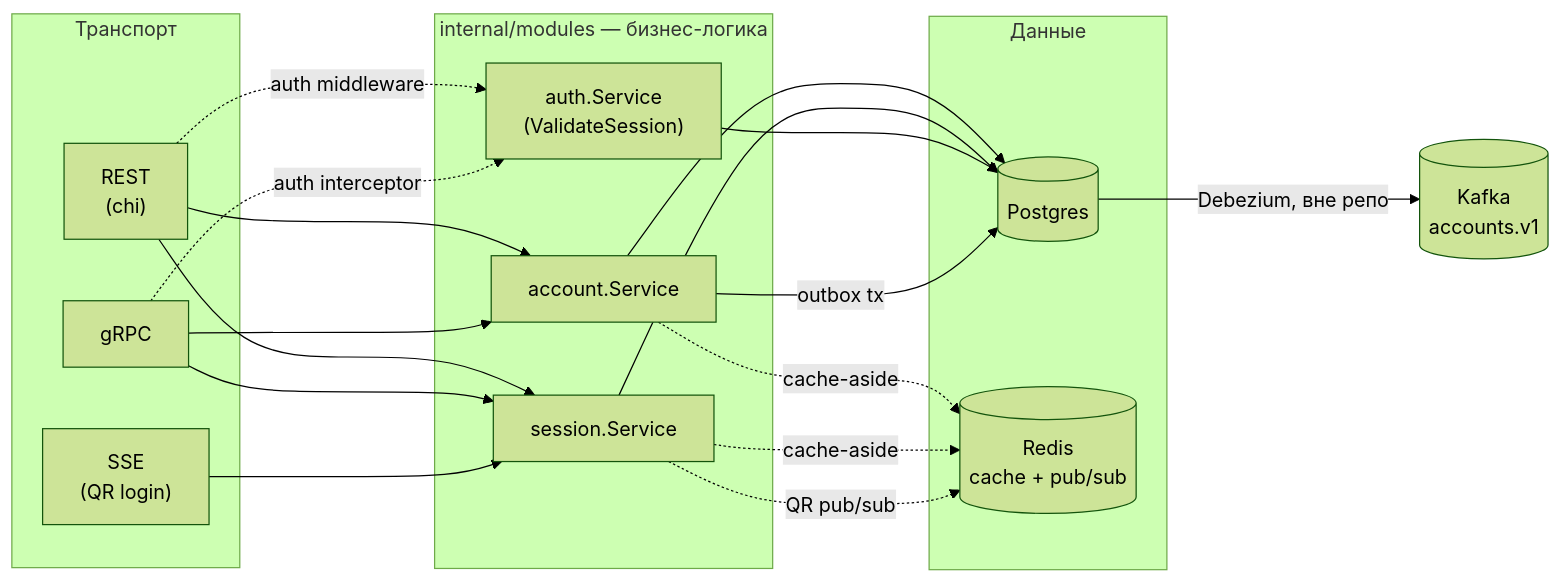
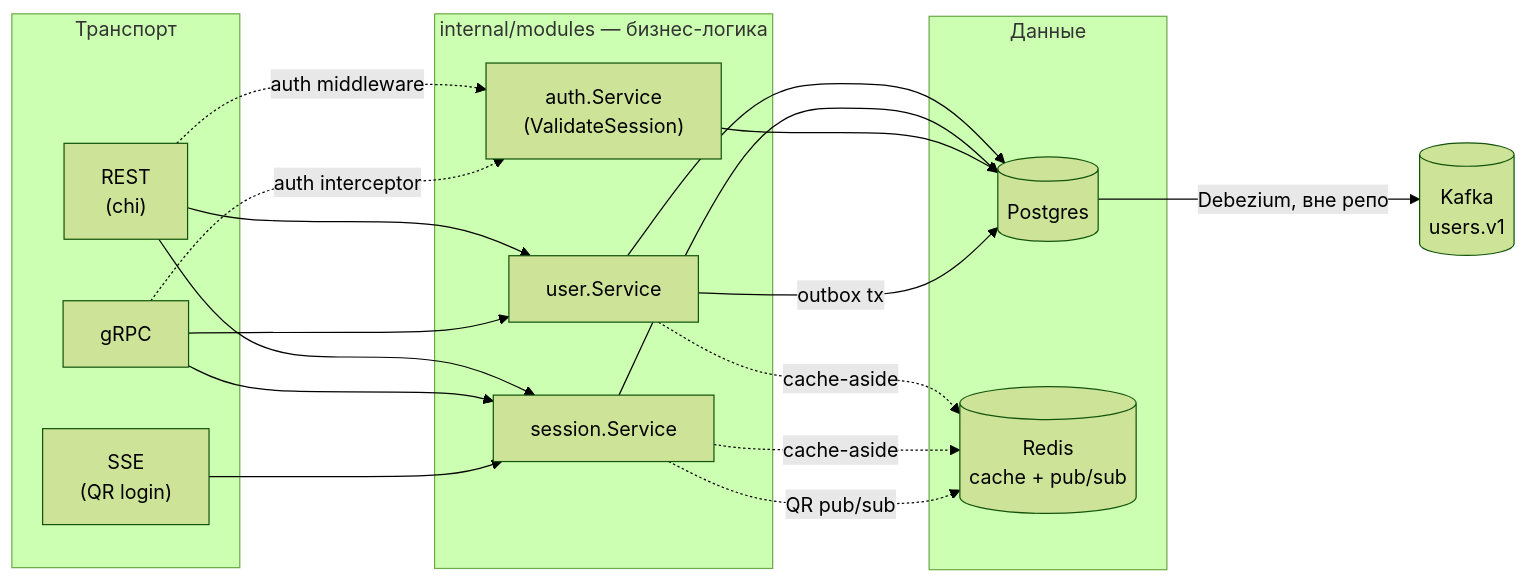
The first of 2 diagrams in docs/architecture.md (netbill/auth-svc), drawn with Mermaid (forest theme) before and after one commit. The commit also changed other lines of this file and 259 other files, not shown here.

First line of the commit message:
Rename accounts to users across the entire codebase

````diff
--- a/docs/architecture.md
+++ b/docs/architecture.md
@@ -87,37 +87,37 @@
 ```mermaid
 flowchart LR
     subgraph Transport["Транспорт"]
         REST["REST<br/>(chi)"]
         GRPC["gRPC"]
         SSE["SSE<br/>(QR login)"]
     end
 
     subgraph Modules["internal/modules — бизнес-логика"]
-        Account["account.Service"]
+        User["user.Service"]
         Session["session.Service"]
         Auth["auth.Service<br/>(ValidateSession)"]
     end
 
     subgraph Data["Данные"]
         PG[("Postgres")]
         Redis[("Redis<br/>cache + pub/sub")]
     end
 
-    REST --> Account
+    REST --> User
     REST --> Session
-    GRPC --> Account
+    GRPC --> User
     GRPC --> Session
     SSE --> Session
     REST -. auth middleware .-> Auth
     GRPC -. auth interceptor .-> Auth
 
-    Account --> PG
+    User --> PG
     Session --> PG
     Auth --> PG
-    Account -. cache-aside .-> Redis
+    User -. cache-aside .-> Redis
     Session -. cache-aside .-> Redis
     Session -. QR pub/sub .-> Redis
 
-    Account -->|outbox tx| PG
-    PG -->|Debezium, вне репо| Kafka[("Kafka<br/>accounts.v1")]
+    User -->|outbox tx| PG
+    PG -->|Debezium, вне репо| Kafka[("Kafka<br/>users.v1")]
 ```
````
